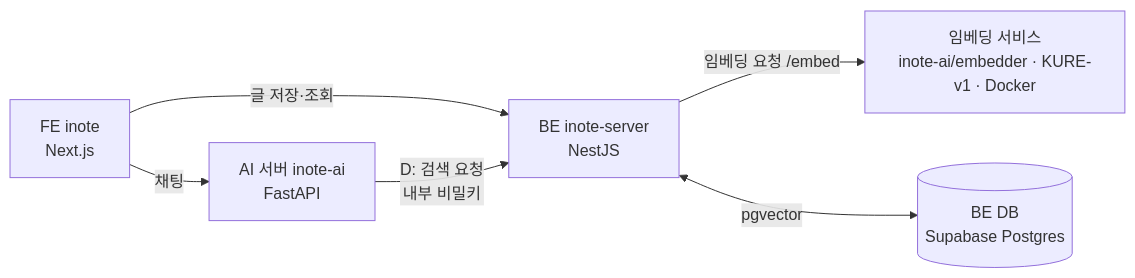
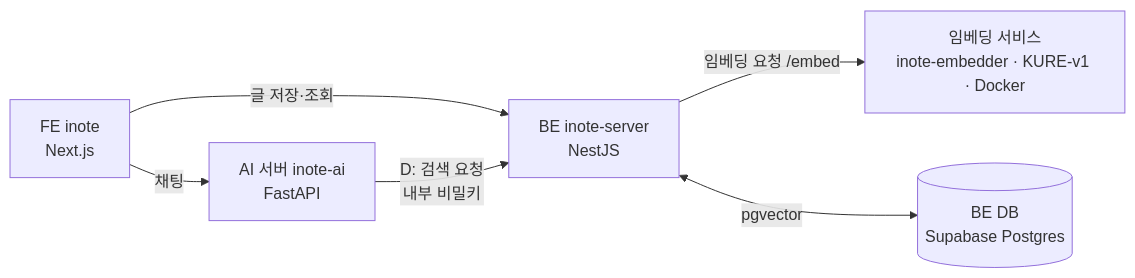
The diagram in docs/kure/PLAN.md (seo337dc/inote), drawn with Mermaid before and after one commit. The commit also changed other lines of this file, not shown here.

First line of the commit message:
docs: KURE 기획 갱신 — 실험은 별도 레포 inote-embedder, A2 완료, 벡터 소유 미결정 추가

````diff
--- a/docs/kure/PLAN.md
+++ b/docs/kure/PLAN.md
@@ -56,8 +56,8 @@
 ```mermaid
 flowchart LR
   FE[FE inote<br/>Next.js] -->|글 저장·조회| BE[BE inote-server<br/>NestJS]
-  BE -->|임베딩 요청 /embed| EMB[임베딩 서비스<br/>inote-ai/embedder · KURE-v1 · Docker]
+  BE -->|임베딩 요청 /embed| EMB[임베딩 서비스<br/>inote-embedder · KURE-v1 · Docker]
   BE <-->|pgvector| DB[(BE DB<br/>Supabase Postgres)]
   AI[AI 서버 inote-ai<br/>FastAPI] -->|D: 검색 요청<br/>내부 비밀키| BE
   FE -->|채팅| AI
 ```
````
